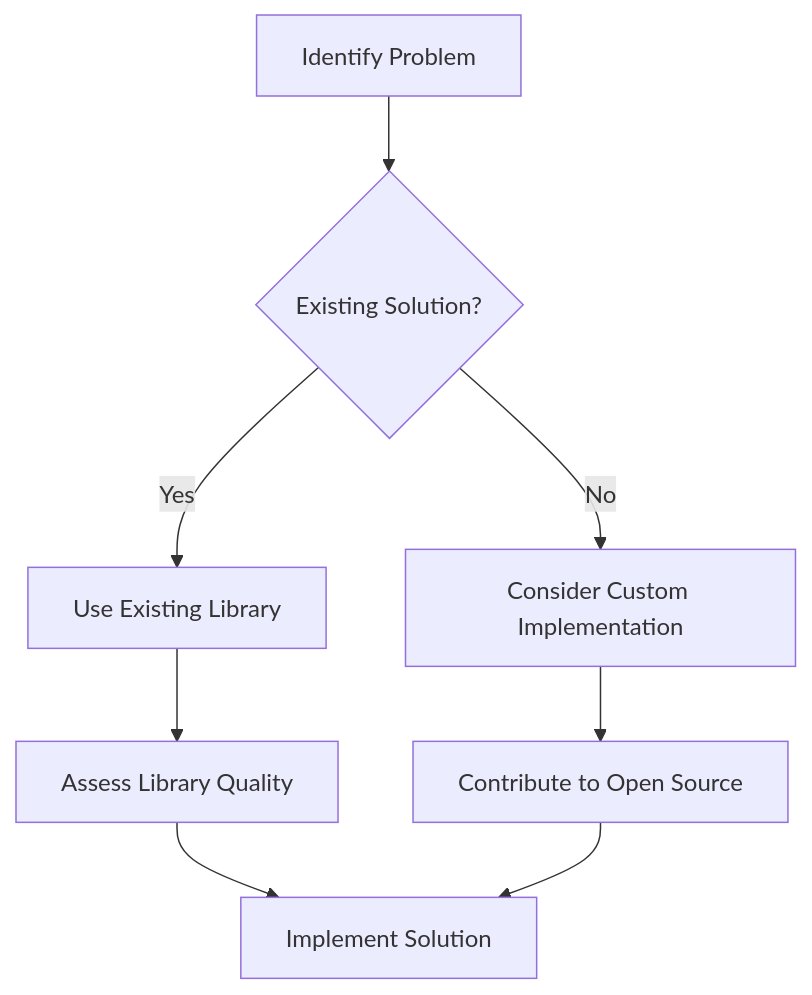
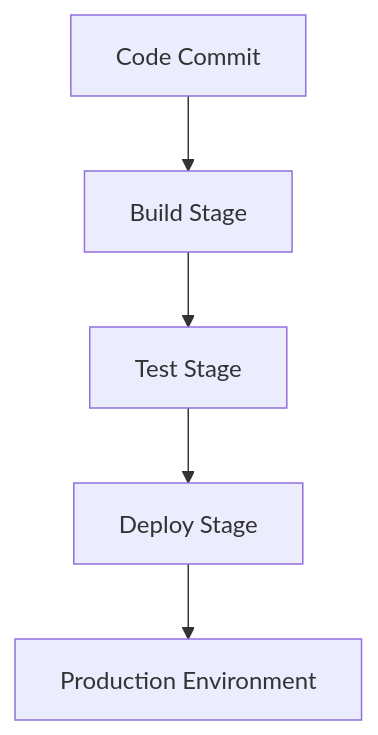
Before and after one commit to MasteryEducation/SoftwarePatternsLexicon.com: the third of 3 diagrams in content/patterns-clojure/14/10/index.md, drawn with Mermaid. The commit also changed other lines of this file and 462 other files, not shown here.

````diff
--- a/content/patterns-clojure/14/10/index.md
+++ b/content/patterns-clojure/14/10/index.md
@@ -85,10 +237,7 @@
 ```mermaid
-graph TD;
-    A[Identify Problem] --> B{Existing Solution?};
-    B -- Yes --> C[Use Existing Library];
-    B -- No --> D[Consider Custom Implementation];
-    D --> E[Contribute to Open Source];
-    C --> F[Assess Library Quality];
-    F --> G[Implement Solution];
-    E --> G;
+flowchart TD
+    A[Code Commit] --> B[Build Stage]
+    B --> C[Test Stage]
+    C --> D[Deploy Stage]
+    D --> E[Production Environment]
 ```
````
